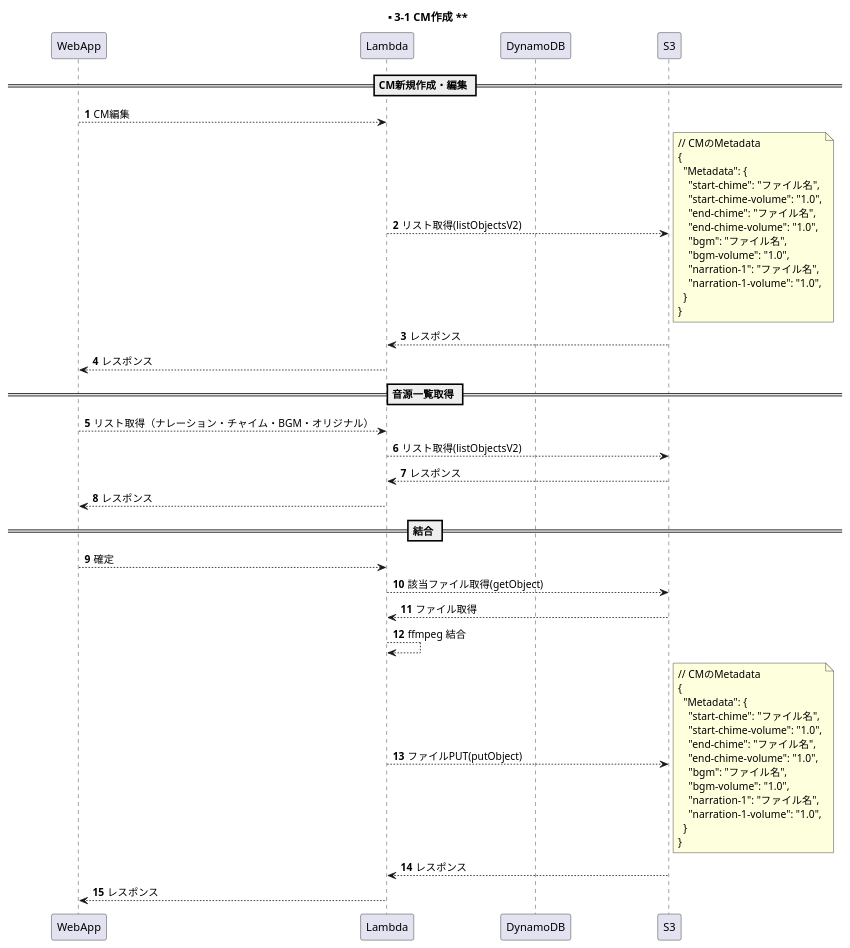
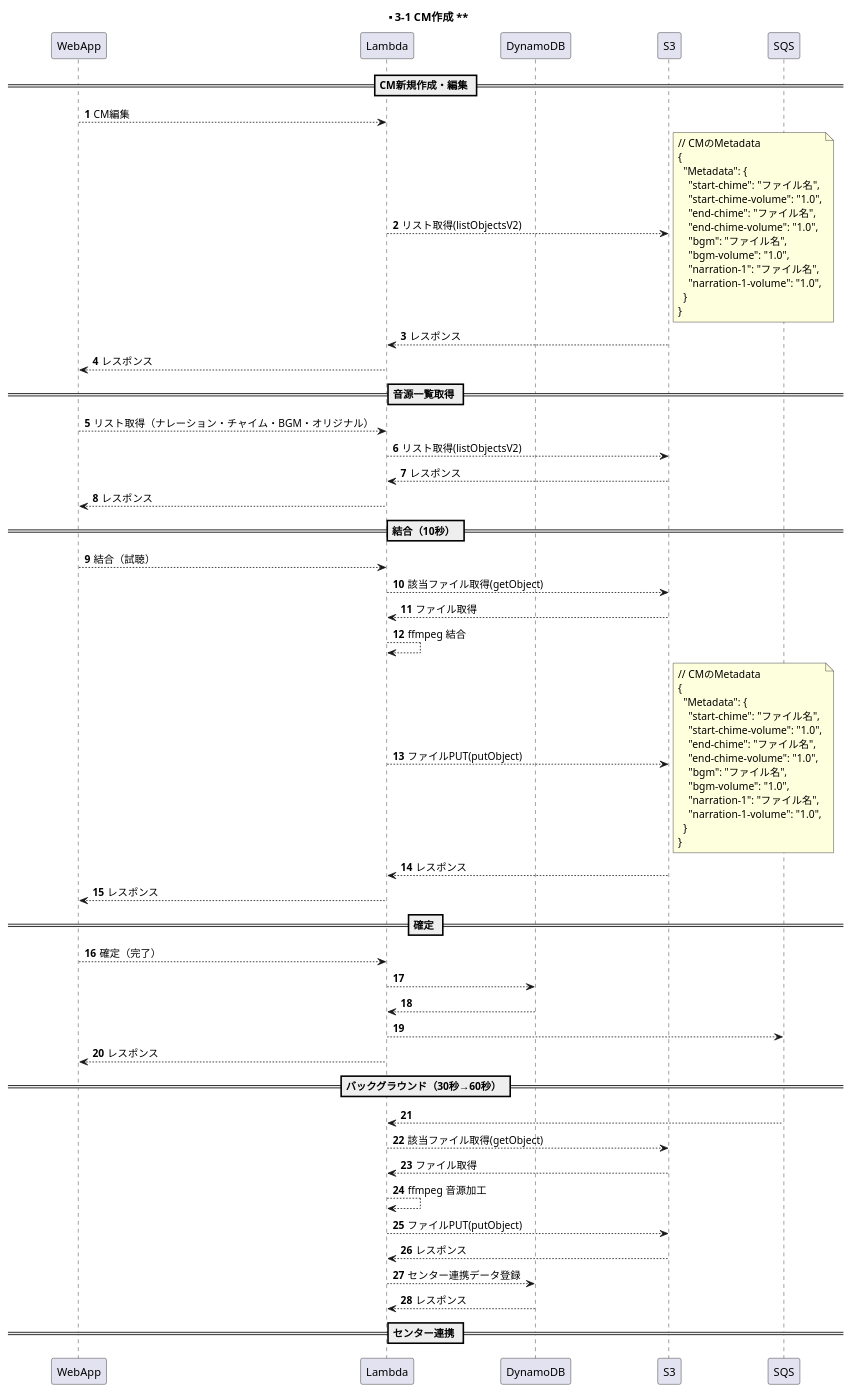
Before and after one commit to y-watanabe-usen/umesse-test: the diagram in documents/uml/s3-1.wsd, drawn with PlantUML. The commit also changed 2 other files, not shown here.

```diff
--- a/documents/uml/s3-1.wsd
+++ b/documents/uml/s3-1.wsd
@@ -1,63 +1,85 @@
 @startuml s3-1
 
 participant WebApp order 1
 participant Lambda order 2
 participant DynamoDB order 3
 participant S3 order 4
+participant SQS order 5
 skinparam ParticipantPadding 50
 autonumber
 
 title ** 3-1 CM作成 **
 
 == CM新規作成・編集 ==
 WebApp --> Lambda: CM編集
 Lambda --> S3: リスト取得(listObjectsV2)
 note right
 // CMのMetadata
 {
   "Metadata": {
     "start-chime": "ファイル名",
     "start-chime-volume": "1.0",
     "end-chime": "ファイル名",
     "end-chime-volume": "1.0",
     "bgm": "ファイル名",
     "bgm-volume": "1.0",
     "narration-1": "ファイル名",
     "narration-1-volume": "1.0",
   }
 }
 end note
 Lambda <-- S3: レスポンス
 WebApp <-- Lambda: レスポンス
 
 == 音源一覧取得 ==
 WebApp --> Lambda: リスト取得（ナレーション・チャイム・BGM・オリジナル）
 Lambda --> S3: リスト取得(listObjectsV2)
 Lambda <-- S3: レスポンス
 WebApp <-- Lambda: レスポンス
 
-== 結合 ==
-WebApp --> Lambda: 確定
+== 結合（10秒） ==
+WebApp --> Lambda: 結合（試聴）
 Lambda --> S3: 該当ファイル取得(getObject)
 Lambda <-- S3: ファイル取得
 Lambda --> Lambda: ffmpeg 結合
 Lambda --> S3: ファイルPUT(putObject)
 note right
 // CMのMetadata
 {
   "Metadata": {
     "start-chime": "ファイル名",
     "start-chime-volume": "1.0",
     "end-chime": "ファイル名",
     "end-chime-volume": "1.0",
     "bgm": "ファイル名",
     "bgm-volume": "1.0",
     "narration-1": "ファイル名",
     "narration-1-volume": "1.0",
   }
 }
 end note
 Lambda <-- S3: レスポンス
 WebApp <-- Lambda: レスポンス
 
+== 確定 ==
+WebApp --> Lambda: 確定（完了）
+Lambda --> DynamoDB
+Lambda <-- DynamoDB
+Lambda --> SQS
+WebApp <-- Lambda: レスポンス
+
+== バックグラウンド（30秒→60秒） ==
+Lambda <-- SQS
+Lambda --> S3: 該当ファイル取得(getObject)
+Lambda <-- S3: ファイル取得
+Lambda --> Lambda: ffmpeg 音源加工
+Lambda --> S3: ファイルPUT(putObject)
+Lambda <-- S3: レスポンス
+Lambda --> DynamoDB: センター連携データ登録
+Lambda <-- DynamoDB: レスポンス
+
+== センター連携 ==
+
+
+
 @enduml
```
